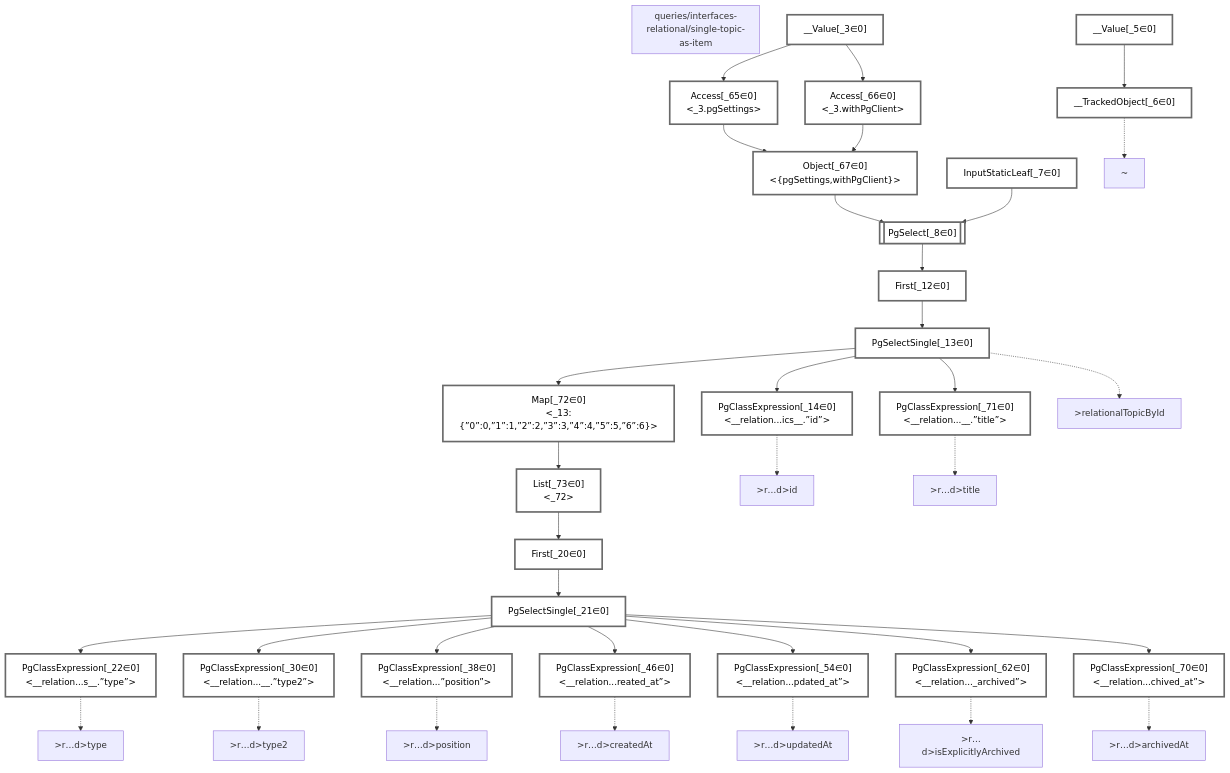
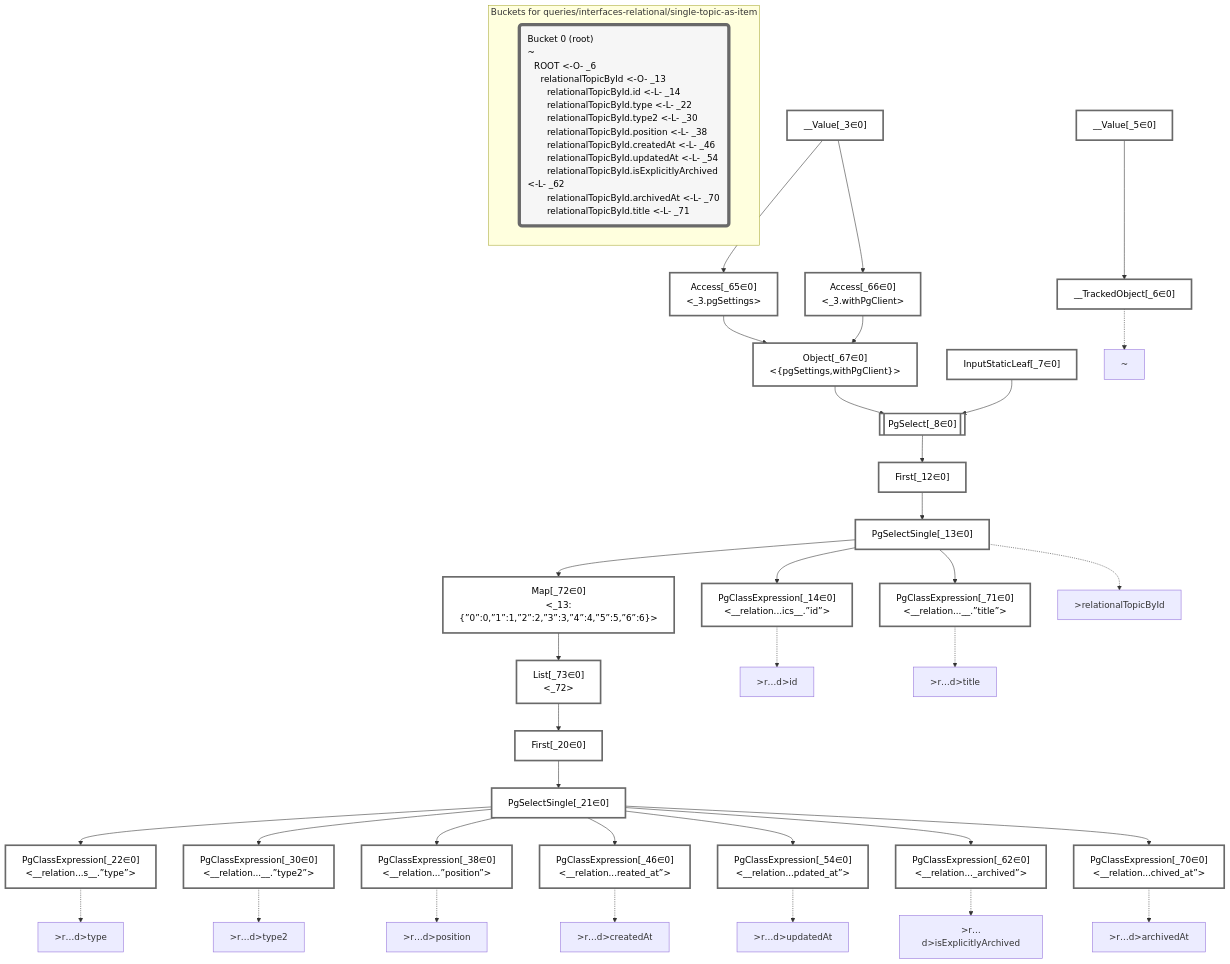
The diagram in packages/dataplan-pg/__tests__/queries/interfaces-relational/single-topic-as-item.deopt.mermaid.md (graphile/crystal), drawn with Mermaid before and after one commit. The commit also changed 37 other files, not shown here.

````diff
--- a/packages/dataplan-pg/__tests__/queries/interfaces-relational/single-topic-as-item.deopt.mermaid.md
+++ b/packages/dataplan-pg/__tests__/queries/interfaces-relational/single-topic-as-item.deopt.mermaid.md
@@ -1,7 +1,5 @@
 ```mermaid
 graph TD
-    subgraph "queries/interfaces-relational/single-topic-as-item"
-    end
     classDef path fill:#eee,stroke:#000,color:#000
     classDef plan fill:#fff,stroke-width:3px,color:#000
     classDef itemplan fill:#fff,stroke-width:6px,color:#000
@@ -85,4 +83,9 @@
     %% allocate buckets
     classDef bucket0 stroke:#696969
     class __Value_3,__Value_5,__TrackedObject_6,InputStaticLeaf_7,PgSelect_8,First_12,PgSelectSingle_13,PgClassExpression_14,First_20,PgSelectSingle_21,PgClassExpression_22,PgClassExpression_30,PgClassExpression_38,PgClassExpression_46,PgClassExpression_54,PgClassExpression_62,Access_65,Access_66,Object_67,PgClassExpression_70,PgClassExpression_71,Map_72,List_73 bucket0
+
+    subgraph "Buckets for queries/interfaces-relational/single-topic-as-item"
+    Bucket0("Bucket 0 (root)<br />~<br />⠀ROOT <-O- _6<br />⠀⠀relationalTopicById <-O- _13<br />⠀⠀⠀relationalTopicById.id <-L- _14<br />⠀⠀⠀relationalTopicById.type <-L- _22<br />⠀⠀⠀relationalTopicById.type2 <-L- _30<br />⠀⠀⠀relationalTopicById.position <-L- _38<br />⠀⠀⠀relationalTopicById.createdAt <-L- _46<br />⠀⠀⠀relationalTopicById.updatedAt <-L- _54<br />⠀⠀⠀relationalTopicById.isExplicitlyArchived <-L- _62<br />⠀⠀⠀relationalTopicById.archivedAt <-L- _70<br />⠀⠀⠀relationalTopicById.title <-L- _71"):::bucket
+    style Bucket0 stroke:#696969
+    end
 ```
````
